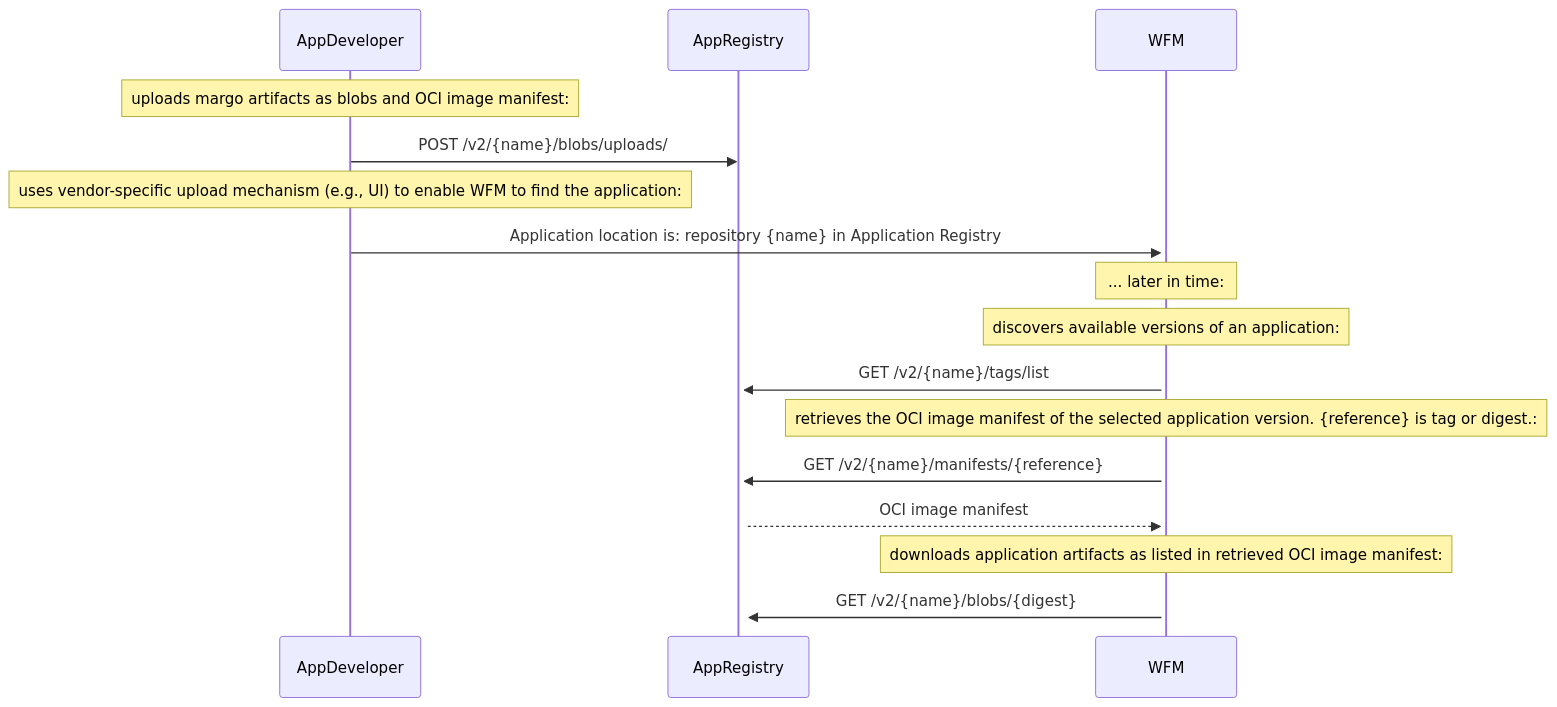
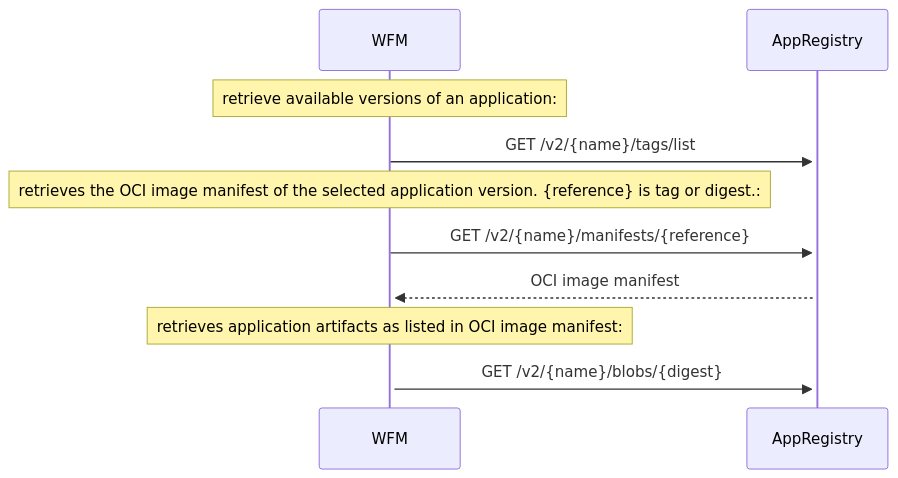
The second of 2 diagrams in system-design/specification/application-package/application-registry.md (Silvanoc/margo-specification), drawn with Mermaid before and after one commit. The commit also changed other lines of this file, not shown here.

Commit message:
editing formal App Registry spec

````diff
--- a/system-design/specification/application-package/application-registry.md
+++ b/system-design/specification/application-package/application-registry.md
@@ -33,22 +64,13 @@
 ```mermaid
 sequenceDiagram
-
-    Note over AppDeveloper: uploads margo artifacts as blobs and OCI image manifest:
-    AppDeveloper->>AppRegistry: POST /v2/{name}/blobs/uploads/
-
-
-    Note over AppDeveloper: uses vendor-specific upload mechanism (e.g., UI) to enable WFM to find the application:
-    AppDeveloper->>+WFM: Application location is: repository {name} in Application Registry
-    
-    Note over WFM: ... later in time:
-    Note over WFM: discovers available versions of an application:
+    Note over WFM: retrieve available versions of an application:
     WFM->>+AppRegistry: GET /v2/{name}/tags/list
     
     Note over WFM: retrieves the OCI image manifest of the selected application version. {reference} is tag or digest.:
     WFM->>+AppRegistry: GET /v2/{name}/manifests/{reference}
     
     AppRegistry-->>+WFM: OCI image manifest
 
-    Note over WFM: downloads application artifacts as listed in retrieved OCI image manifest:
+    Note over WFM: retrieves application artifacts as listed in OCI image manifest:
     WFM->>AppRegistry: GET /v2/{name}/blobs/{digest}
 ```
````
